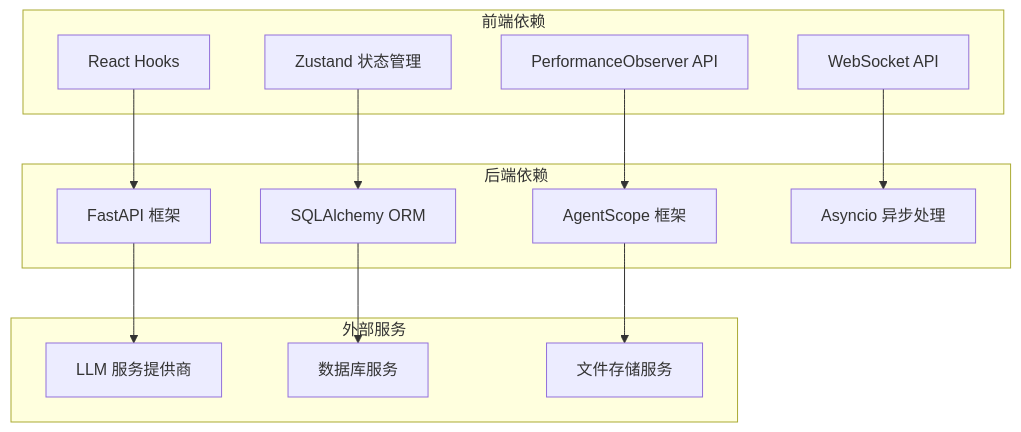
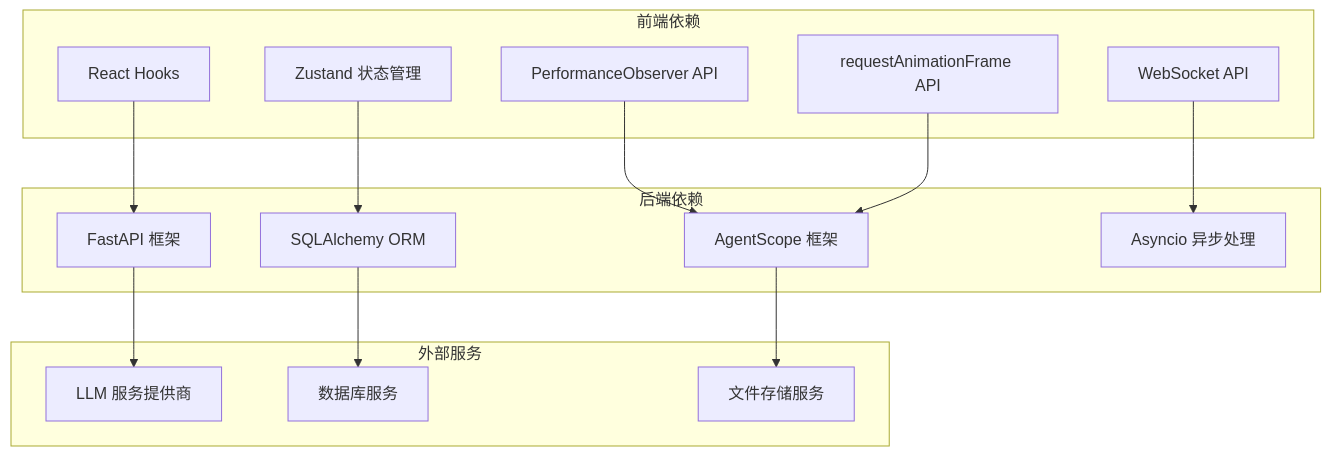
Before and after one commit to KunLabAI/KunFlix: the tenth of 10 diagrams in .qoder/repowiki/zh/content/前端应用架构/性能监控系统.md, drawn with Mermaid. The commit also changed other lines of this file and 22 other files, not shown here.

````diff
--- a/.qoder/repowiki/zh/content/前端应用架构/性能监控系统.md
+++ b/.qoder/repowiki/zh/content/前端应用架构/性能监控系统.md
@@ -336,27 +324,29 @@
 ```mermaid
 graph TB
 subgraph "前端依赖"
 FP1[React Hooks]
 FP2[Zustand 状态管理]
 FP3[PerformanceObserver API]
 FP4[WebSocket API]
+FP5[requestAnimationFrame API]
 end
 subgraph "后端依赖"
 BP1[FastAPI 框架]
 BP2[SQLAlchemy ORM]
 BP3[AgentScope 框架]
 BP4[Asyncio 异步处理]
 end
 subgraph "外部服务"
 EP1[LLM 服务提供商]
 EP2[数据库服务]
 EP3[文件存储服务]
 end
 FP1 --> BP1
 FP2 --> BP2
 FP3 --> BP3
 FP4 --> BP4
+FP5 --> BP3
 BP1 --> EP1
 BP2 --> EP2
 BP3 --> EP3
 ```
````
